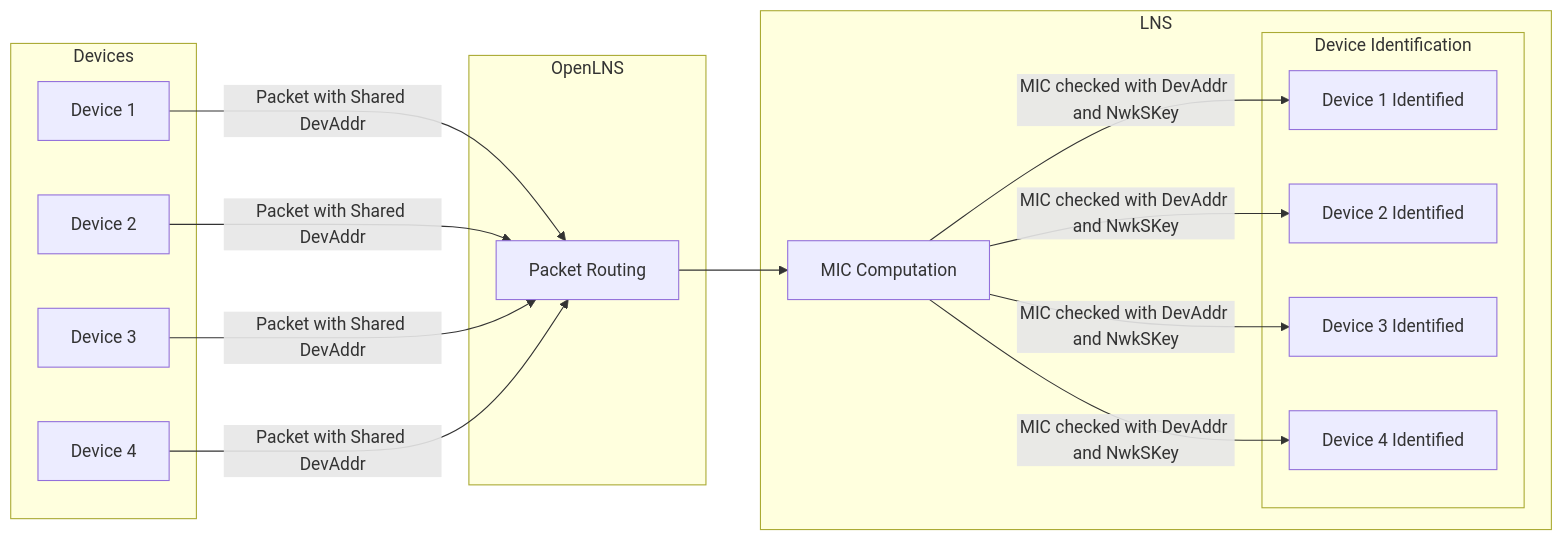
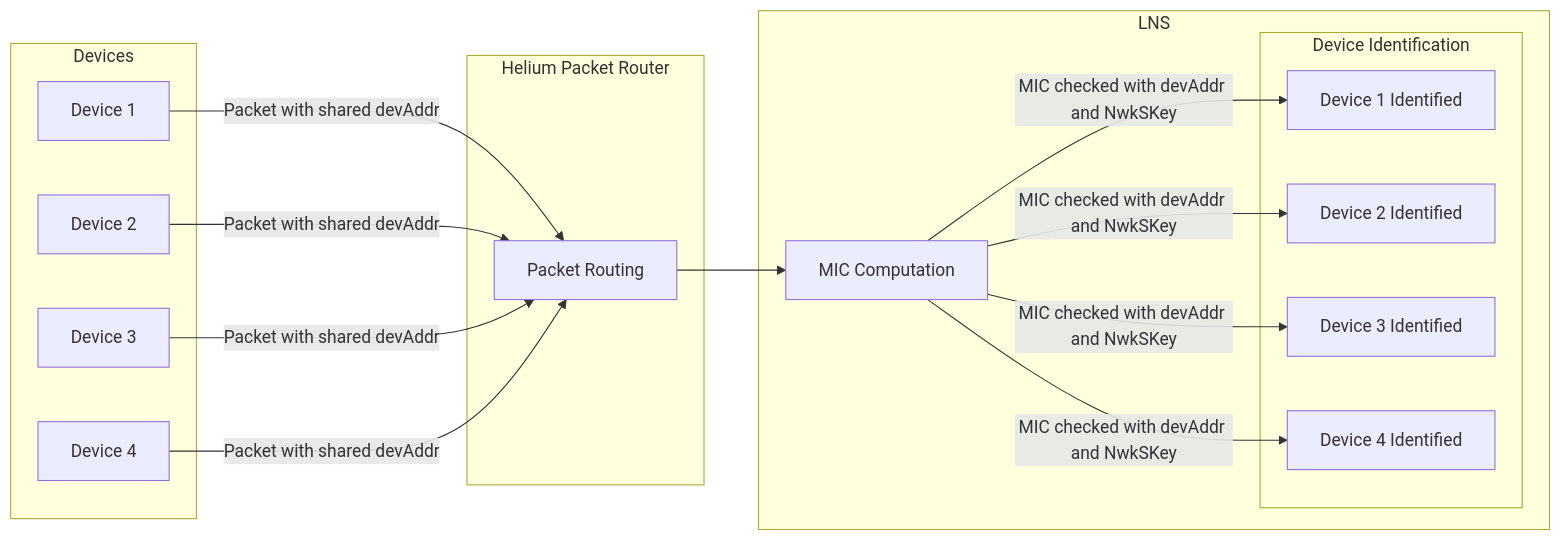
One commit to helium/docs changed the diagram in docs/network-iot/run-an-lns/buy-an-oui.mdx. Above: the diagram before and after it, drawn with Mermaid. The commit also changed other lines of this file, not shown here.

````diff
--- a/docs/network-iot/run-an-lns/buy-an-oui.mdx
+++ b/docs/network-iot/run-an-lns/buy-an-oui.mdx
@@ -251,30 +279,30 @@
 ```mermaid
 graph LR
     subgraph Devices
         D1[Device 1]
         D2[Device 2]
         D3[Device 3]
         D4[Device 4]
     end
-    subgraph OpenLNS
+    subgraph HPR[Helium Packet Router]
         PR[Packet Routing]
     end
     subgraph LNS
         MC[MIC Computation]
         subgraph Device Identification
             DI1[Device 1 Identified]
             DI2[Device 2 Identified]
             DI3[Device 3 Identified]
             DI4[Device 4 Identified]
         end
     end
-    D1 -->|Packet with Shared DevAddr| PR
-    D2 -->|Packet with Shared DevAddr| PR
-    D3 -->|Packet with Shared DevAddr| PR
-    D4 -->|Packet with Shared DevAddr| PR
+    D1 -->|Packet with shared devAddr| PR
+    D2 -->|Packet with shared devAddr| PR
+    D3 -->|Packet with shared devAddr| PR
+    D4 -->|Packet with shared devAddr| PR
     PR --> MC
-    MC -->|MIC checked with DevAddr and NwkSKey| DI1
-    MC -->|MIC checked with DevAddr and NwkSKey| DI2
-    MC -->|MIC checked with DevAddr and NwkSKey| DI3
-    MC -->|MIC checked with DevAddr and NwkSKey| DI4
+    MC -->|MIC checked with devAddr and NwkSKey| DI1
+    MC -->|MIC checked with devAddr and NwkSKey| DI2
+    MC -->|MIC checked with devAddr and NwkSKey| DI3
+    MC -->|MIC checked with devAddr and NwkSKey| DI4
 ```
````
